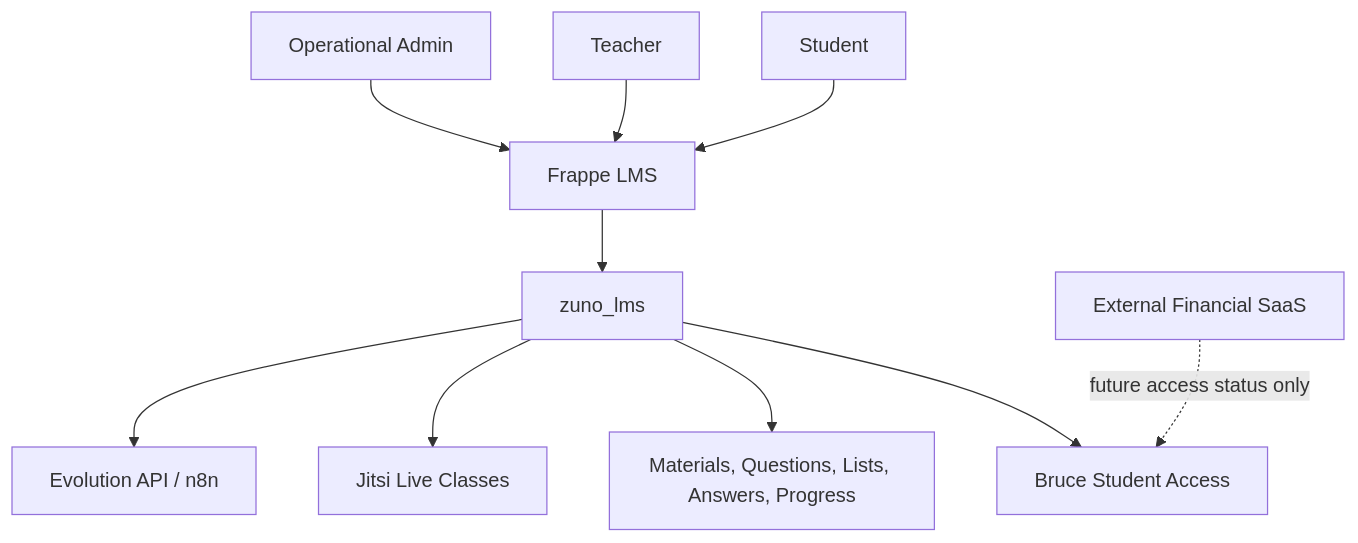
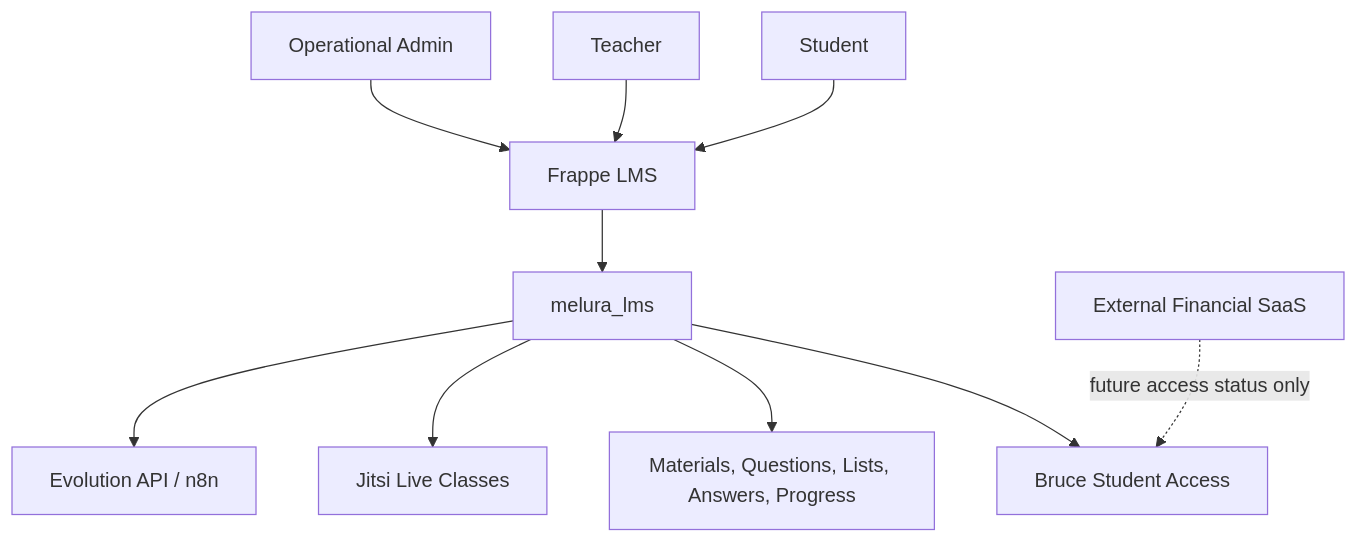
The diagram in ARCHITECTURE.md (estevao98/melura-lms), drawn with Mermaid before and after one commit. The commit also changed other lines of this file and 160 other files, not shown here.

````diff
--- a/ARCHITECTURE.md
+++ b/ARCHITECTURE.md
@@ -30,12 +30,12 @@
 ```mermaid
 flowchart TD
   Student[Student] --> LMS[Frappe LMS]
   Teacher[Teacher] --> LMS
   Admin[Operational Admin] --> LMS
-  LMS --> CustomApp[zuno_lms]
+  LMS --> CustomApp[melura_lms]
   CustomApp --> Access[Bruce Student Access]
   CustomApp --> Content[Materials, Questions, Lists, Answers, Progress]
   CustomApp --> Jitsi[Jitsi Live Classes]
   CustomApp --> WhatsApp[Evolution API / n8n]
   ExternalSaaS[External Financial SaaS] -. future access status only .-> Access
 ```
````
